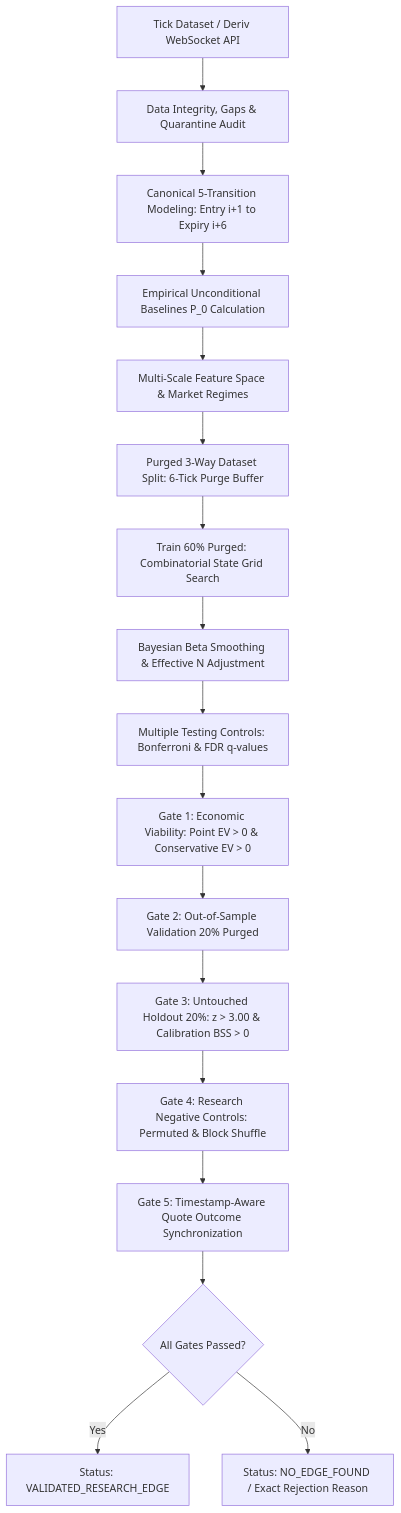
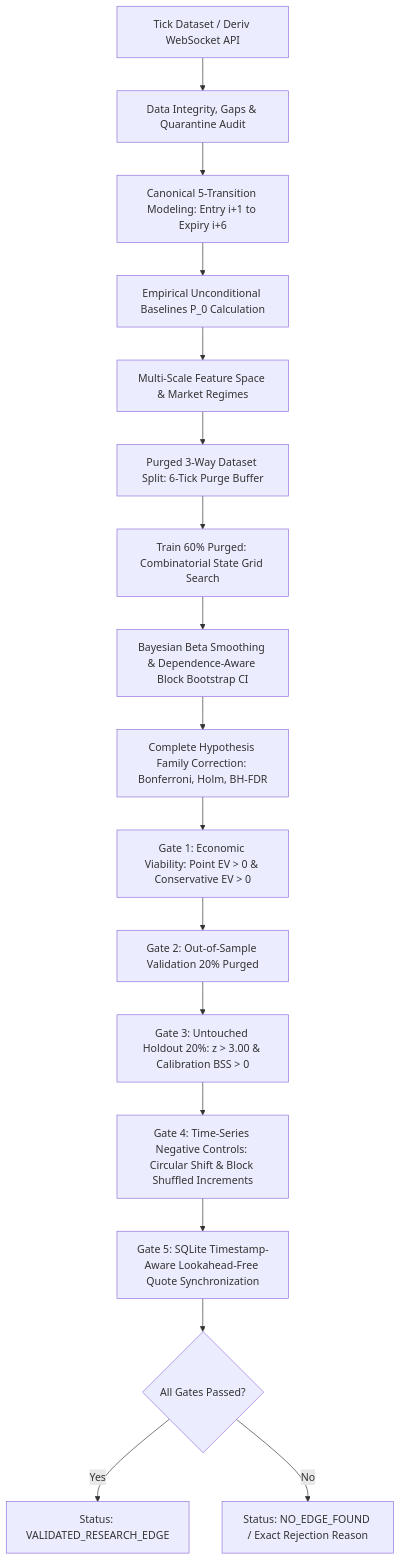
Before and after one commit to thulanesigasa/bot_builder: the diagram in README.md, drawn with Mermaid. The commit also changed other lines of this file and 13 other files, not shown here.

Commit message:
feat(v1.5.1): upgrade statistical integrity, negative-control FPR control, and SQLite quote database

````diff
--- a/README.md
+++ b/README.md
@@ -63,19 +65,19 @@
 ```mermaid
 graph TD
     A[Tick Dataset / Deriv WebSocket API] --> B[Data Integrity, Gaps & Quarantine Audit]
     B --> C[Canonical 5-Transition Modeling: Entry i+1 to Expiry i+6]
     C --> D[Empirical Unconditional Baselines P_0 Calculation]
     D --> E[Multi-Scale Feature Space & Market Regimes]
     E --> F[Purged 3-Way Dataset Split: 6-Tick Purge Buffer]
     F --> G[Train 60% Purged: Combinatorial State Grid Search]
-    G --> H[Bayesian Beta Smoothing & Effective N Adjustment]
-    H --> I[Multiple Testing Controls: Bonferroni & FDR q-values]
+    G --> H[Bayesian Beta Smoothing & Dependence-Aware Block Bootstrap CI]
+    H --> I[Complete Hypothesis Family Correction: Bonferroni, Holm, BH-FDR]
     I --> J[Gate 1: Economic Viability: Point EV > 0 & Conservative EV > 0]
     J --> K[Gate 2: Out-of-Sample Validation 20% Purged]
     K --> L[Gate 3: Untouched Holdout 20%: z > 3.00 & Calibration BSS > 0]
-    L --> M[Gate 4: Research Negative Controls: Permuted & Block Shuffle]
-    M --> N[Gate 5: Timestamp-Aware Quote Outcome Synchronization]
+    L --> M[Gate 4: Time-Series Negative Controls: Circular Shift & Block Shuffled Increments]
+    M --> N[Gate 5: SQLite Timestamp-Aware Lookahead-Free Quote Synchronization]
     N --> O{All Gates Passed?}
     O -->|Yes| P[Status: VALIDATED_RESEARCH_EDGE]
     O -->|No| Q[Status: NO_EDGE_FOUND / Exact Rejection Reason]
 ```
````
